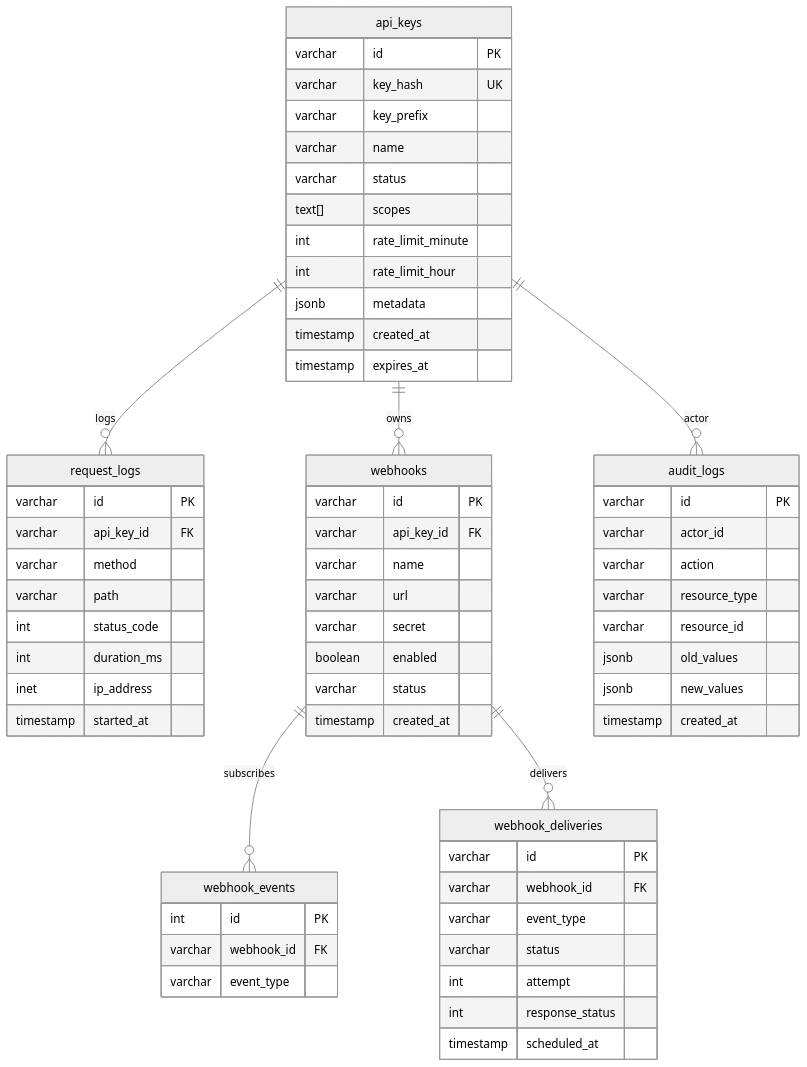
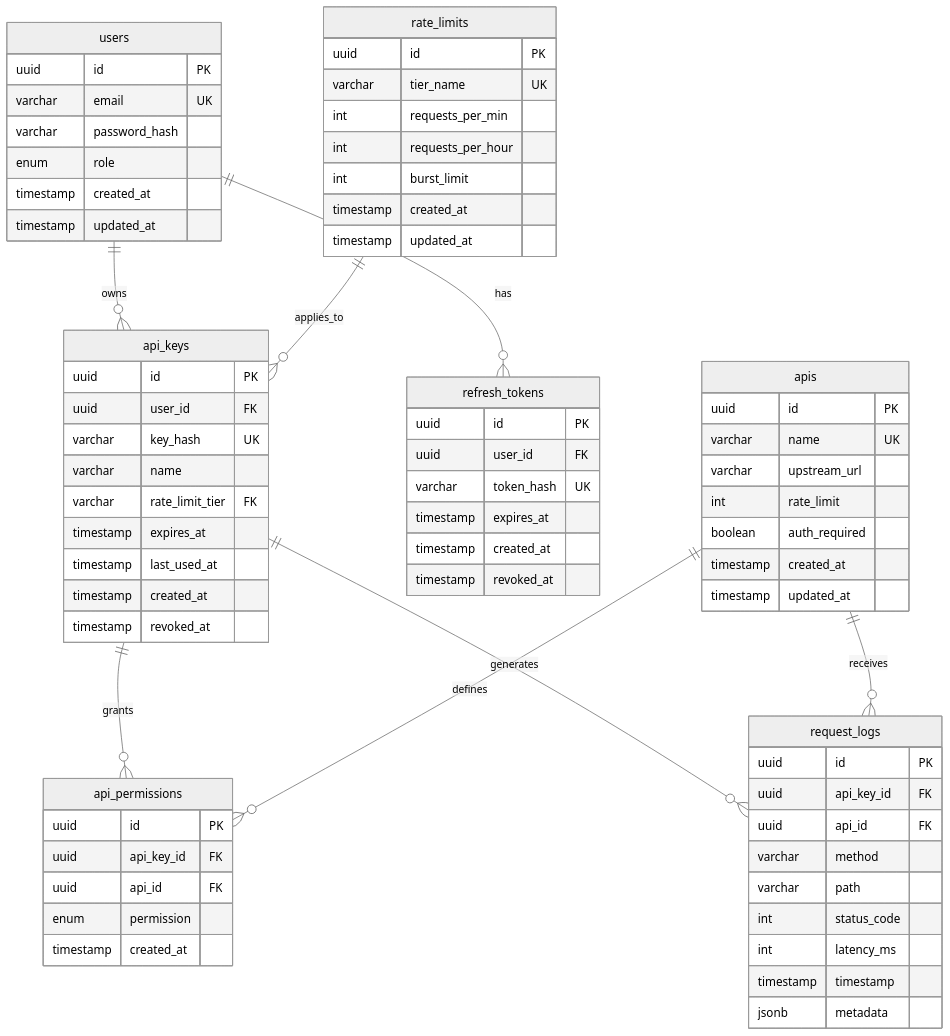
One commit to Hundia/autospec changed the seventh of 23 diagrams in examples/api-service/docs/architecture/diagrams.md. Above: the diagram before and after it, drawn with Mermaid (neutral theme). The commit also changed other lines of this file and 64 other files, not shown here.

````diff
--- a/examples/api-service/docs/architecture/diagrams.md
+++ b/examples/api-service/docs/architecture/diagrams.md
@@ -164,71 +266,80 @@
 ```mermaid
 erDiagram
-    api_keys ||--o{ request_logs : "logs"
-    api_keys ||--o{ webhooks : "owns"
-    api_keys ||--o{ audit_logs : "actor"
-    webhooks ||--o{ webhook_events : "subscribes"
-    webhooks ||--o{ webhook_deliveries : "delivers"
+    users ||--o{ api_keys : "owns"
+    users ||--o{ refresh_tokens : "has"
+    api_keys ||--o{ api_permissions : "grants"
+    api_keys ||--o{ request_logs : "generates"
+    apis ||--o{ api_permissions : "defines"
+    apis ||--o{ request_logs : "receives"
+    rate_limits ||--o{ api_keys : "applies_to"
+
+    users {
+        uuid id PK
+        varchar email UK
+        varchar password_hash
+        enum role
+        timestamp created_at
+        timestamp updated_at
+    }
 
     api_keys {
-        varchar id PK
+        uuid id PK
+        uuid user_id FK
         varchar key_hash UK
-        varchar key_prefix
         varchar name
-        varchar status
-        text[] scopes
-        int rate_limit_minute
-        int rate_limit_hour
-        jsonb metadata
+        varchar rate_limit_tier FK
+        timestamp expires_at
+        timestamp last_used_at
         timestamp created_at
-        timestamp expires_at
+        timestamp revoked_at
+    }
+
+    apis {
+        uuid id PK
+        varchar name UK
+        varchar upstream_url
+        int rate_limit
+        boolean auth_required
+        timestamp created_at
+        timestamp updated_at
+    }
+
+    api_permissions {
+        uuid id PK
+        uuid api_key_id FK
+        uuid api_id FK
+        enum permission
+        timestamp created_at
     }
 
     request_logs {
-        varchar id PK
-        varchar api_key_id FK
+        uuid id PK
+        uuid api_key_id FK
+        uuid api_id FK
         varchar method
         varchar path
         int status_code
-        int duration_ms
-        inet ip_address
-        timestamp started_at
+        int latency_ms
+        timestamp timestamp
+        jsonb metadata
     }
 
-    webhooks {
-        varchar id PK
-        varchar api_key_id FK
-        varchar name
-        varchar url
-        varchar secret
-        boolean enabled
-        varchar status
+    rate_limits {
+        uuid id PK
+        varchar tier_name UK
+        int requests_per_min
+        int requests_per_hour
+        int burst_limit
         timestamp created_at
+        timestamp updated_at
     }
 
-    webhook_events {
-        int id PK
-        varchar webhook_id FK
-        varchar event_type
-    }
-
-    webhook_deliveries {
-        varchar id PK
-        varchar webhook_id FK
-        varchar event_type
-        varchar status
-        int attempt
-        int response_status
-        timestamp scheduled_at
-    }
-
-    audit_logs {
-        varchar id PK
-        varchar actor_id
-        varchar action
-        varchar resource_type
-        varchar resource_id
-        jsonb old_values
-        jsonb new_values
+    refresh_tokens {
+        uuid id PK
+        uuid user_id FK
+        varchar token_hash UK
+        timestamp expires_at
         timestamp created_at
+        timestamp revoked_at
     }
 ```
````
